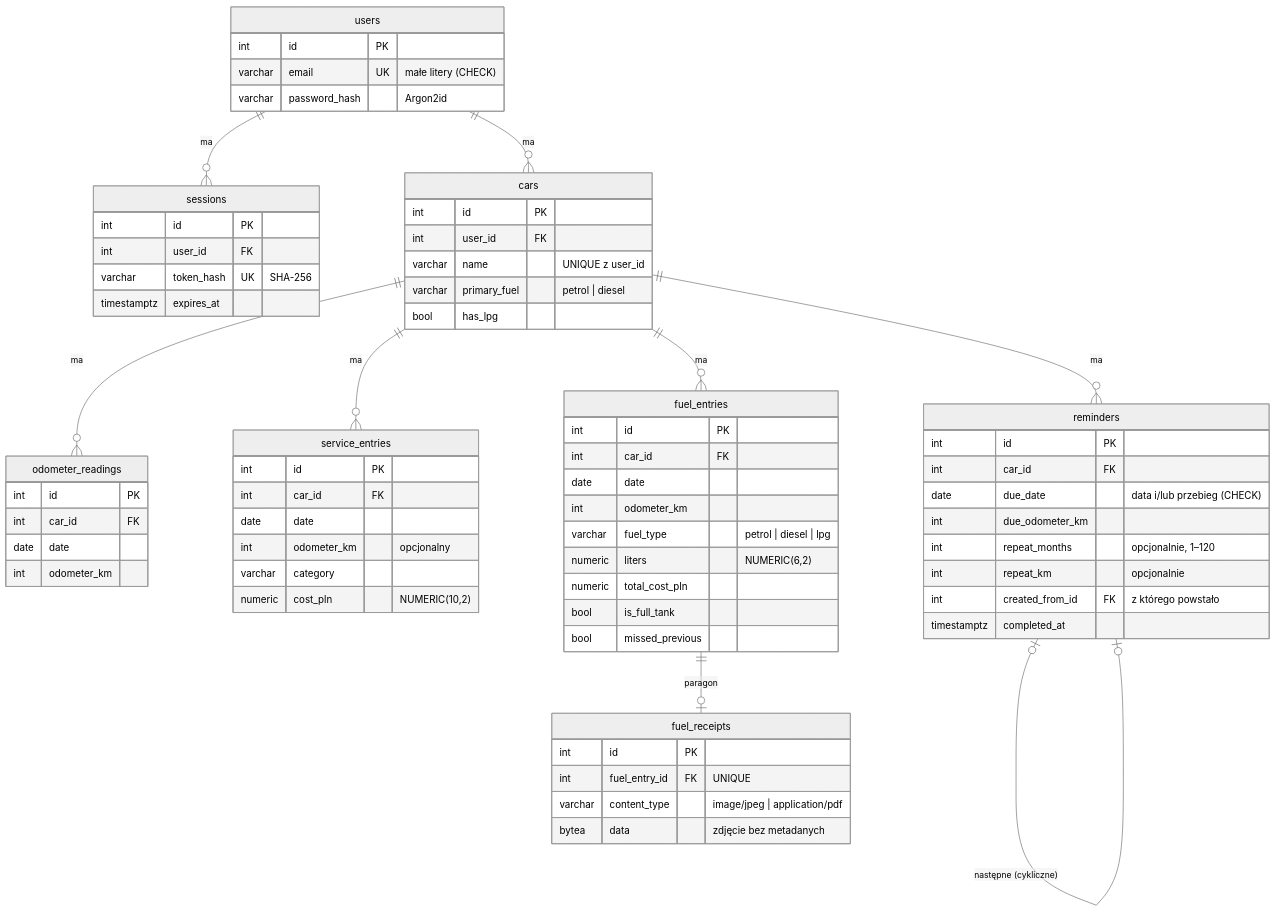
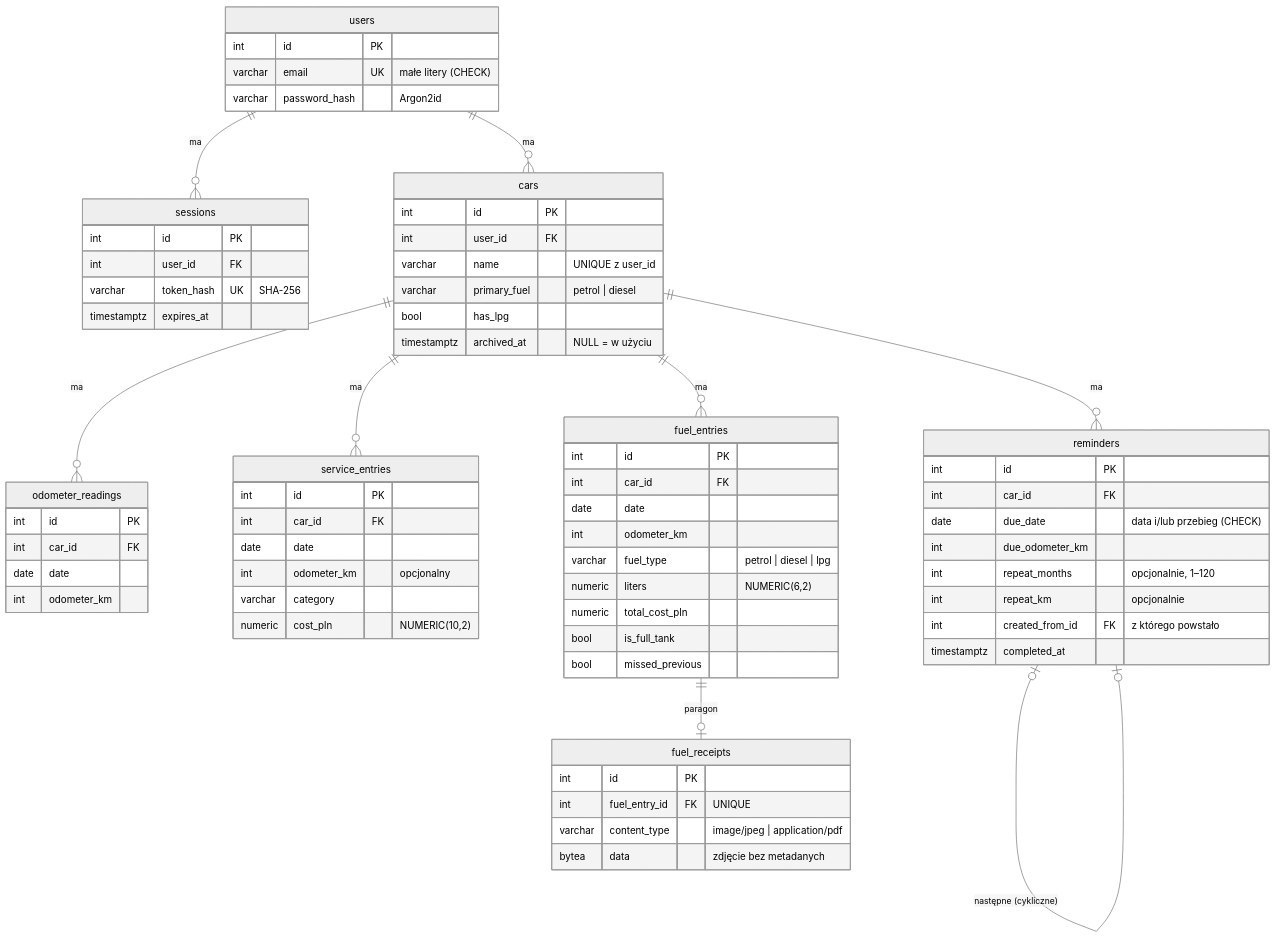
The second of 3 diagrams in docs/architecture.md (PSkrzyp11/GarageLog), drawn with Mermaid (neutral theme) before and after one commit. The commit also changed 21 other files, not shown here.

````diff
--- a/docs/architecture.md
+++ b/docs/architecture.md
@@ -43,71 +43,72 @@
 ```mermaid
 erDiagram
     users ||--o{ sessions : "ma"
     users ||--o{ cars : "ma"
     cars ||--o{ odometer_readings : "ma"
     cars ||--o{ service_entries : "ma"
     cars ||--o{ fuel_entries : "ma"
     fuel_entries ||--o| fuel_receipts : "paragon"
     cars ||--o{ reminders : "ma"
     reminders |o--o| reminders : "następne (cykliczne)"
 
     users {
         int id PK
         varchar email UK "małe litery (CHECK)"
         varchar password_hash "Argon2id"
     }
     sessions {
         int id PK
         int user_id FK
         varchar token_hash UK "SHA-256"
         timestamptz expires_at
     }
     cars {
         int id PK
         int user_id FK
         varchar name "UNIQUE z user_id"
         varchar primary_fuel "petrol | diesel"
         bool has_lpg
+        timestamptz archived_at "NULL = w użyciu"
     }
     odometer_readings {
         int id PK
         int car_id FK
         date date
         int odometer_km
     }
     service_entries {
         int id PK
         int car_id FK
         date date
         int odometer_km "opcjonalny"
         varchar category
         numeric cost_pln "NUMERIC(10,2)"
     }
     fuel_entries {
         int id PK
         int car_id FK
         date date
         int odometer_km
         varchar fuel_type "petrol | diesel | lpg"
         numeric liters "NUMERIC(6,2)"
         numeric total_cost_pln
         bool is_full_tank
         bool missed_previous
     }
     fuel_receipts {
         int id PK
         int fuel_entry_id FK "UNIQUE"
         varchar content_type "image/jpeg | application/pdf"
         bytea data "zdjęcie bez metadanych"
     }
     reminders {
         int id PK
         int car_id FK
         date due_date "data i/lub przebieg (CHECK)"
         int due_odometer_km
         int repeat_months "opcjonalnie, 1–120"
         int repeat_km "opcjonalnie"
         int created_from_id FK "z którego powstało"
         timestamptz completed_at
     }
 ```
````
